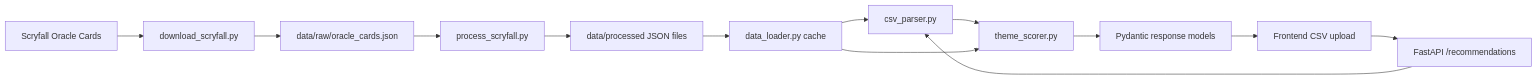
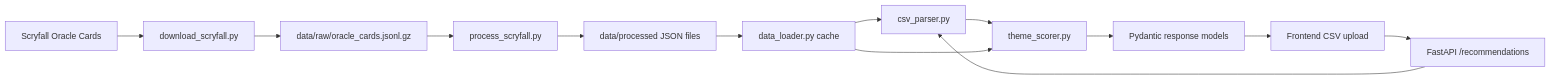
Before and after one commit to cam5674/Commander-Rec: the diagram in docs/architecture.md, drawn with Mermaid. The commit also changed other lines of this file and 7 other files, not shown here.

````diff
--- a/docs/architecture.md
+++ b/docs/architecture.md
@@ -13,16 +13,16 @@
 ```mermaid
 flowchart LR
     S[Scryfall Oracle Cards] --> D[download_scryfall.py]
-    D --> R[data/raw/oracle_cards.json]
+    D --> R[data/raw/oracle_cards.jsonl.gz]
     R --> P[process_scryfall.py]
     P --> J[data/processed JSON files]
     J --> L[data_loader.py cache]
 
     F[Frontend CSV upload] --> A[FastAPI /recommendations]
     A --> C[csv_parser.py]
     C --> T[theme_scorer.py]
     L --> C
     L --> T
     T --> M[Pydantic response models]
     M --> F
 ```
````
